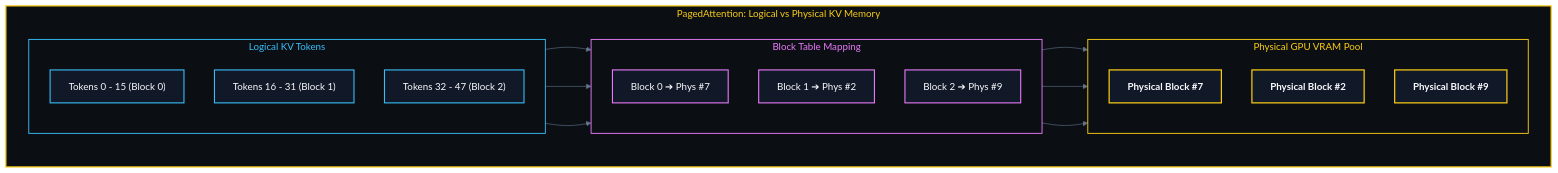
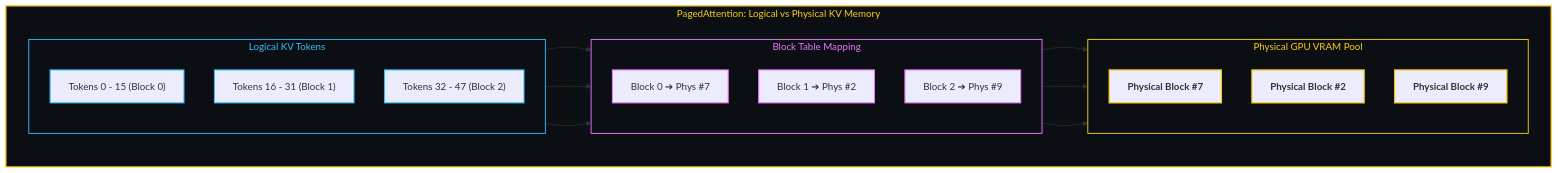
The diagram in BrainOS/09 - AI Infrastructure/Model Serving & Inference.md (abhinavbharti2345/CS_Notes), drawn with Mermaid before and after one commit. The commit also changed 91 other files, not shown here.

````diff
--- a/BrainOS/09 - AI Infrastructure/Model Serving & Inference.md
+++ b/BrainOS/09 - AI Infrastructure/Model Serving & Inference.md
@@ -26,43 +26,42 @@
 ```mermaid
-%%{init: {'theme': 'base', 'themeVariables': { 'darkMode': true, 'background': '#0B0F14', 'mainBkg': '#111827', 'primaryColor': '#111827', 'primaryTextColor': '#F8FAFC', 'primaryBorderColor': '#38BDF8', 'lineColor': '#64748B', 'secondaryColor': '#0B0F14', 'tertiaryColor': '#0B0F14', 'clusterBkg': '#0B0F14', 'clusterBorder': '#38BDF8' }}}%%
 flowchart TD
     subgraph PAGED_ATTN ["PagedAttention: Logical vs Physical KV Memory"]
         direction LR
         subgraph LOGICAL ["Logical KV Tokens"]
             direction TB
             L1["Tokens 0 - 15 (Block 0)"]
             L2["Tokens 16 - 31 (Block 1)"]
             L3["Tokens 32 - 47 (Block 2)"]
         end
 
         subgraph TABLE ["Block Table Mapping"]
             direction TB
             T1["Block 0 ➔ Phys #7"]
             T2["Block 1 ➔ Phys #2"]
             T3["Block 2 ➔ Phys #9"]
         end
 
         subgraph PHYSICAL ["Physical GPU VRAM Pool"]
             direction TB
             P7["<b>Physical Block #7</b>"]
             P2["<b>Physical Block #2</b>"]
             P9["<b>Physical Block #9</b>"]
         end
 
         L1 & L2 & L3 --> TABLE
         TABLE --> P7 & P2 & P9
     end
 
     style PAGED_ATTN fill:#0B0F14,stroke:#FACC15,stroke-width:2px,color:#FACC15
     style LOGICAL fill:#0B0F14,stroke:#38BDF8,stroke-width:1.5px,color:#38BDF8
     style TABLE fill:#0B0F14,stroke:#E879F9,stroke-width:1.5px,color:#E879F9
     style PHYSICAL fill:#0B0F14,stroke:#FACC15,stroke-width:1.5px,color:#FACC15
 
-    classDef logNode fill:#111827,stroke:#38BDF8,stroke-width:1.8px,color:#F8FAFC;
-    classDef tabNode fill:#111827,stroke:#E879F9,stroke-width:1.8px,color:#F8FAFC;
-    classDef physNode fill:#111827,stroke:#FACC15,stroke-width:2px,color:#F8FAFC;
+    classDef logNode stroke:#38BDF8,stroke-width:1.8px;
+    classDef tabNode stroke:#E879F9,stroke-width:1.8px;
+    classDef physNode stroke:#FACC15,stroke-width:2px;
 
     class L1,L2,L3 logNode;
     class T1,T2,T3 tabNode;
     class P7,P2,P9 physNode;
 ```
````
